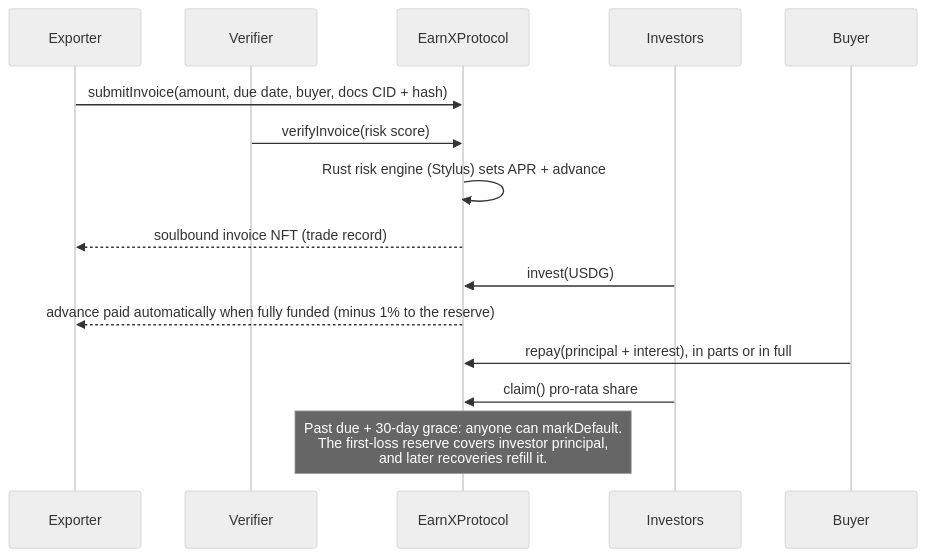
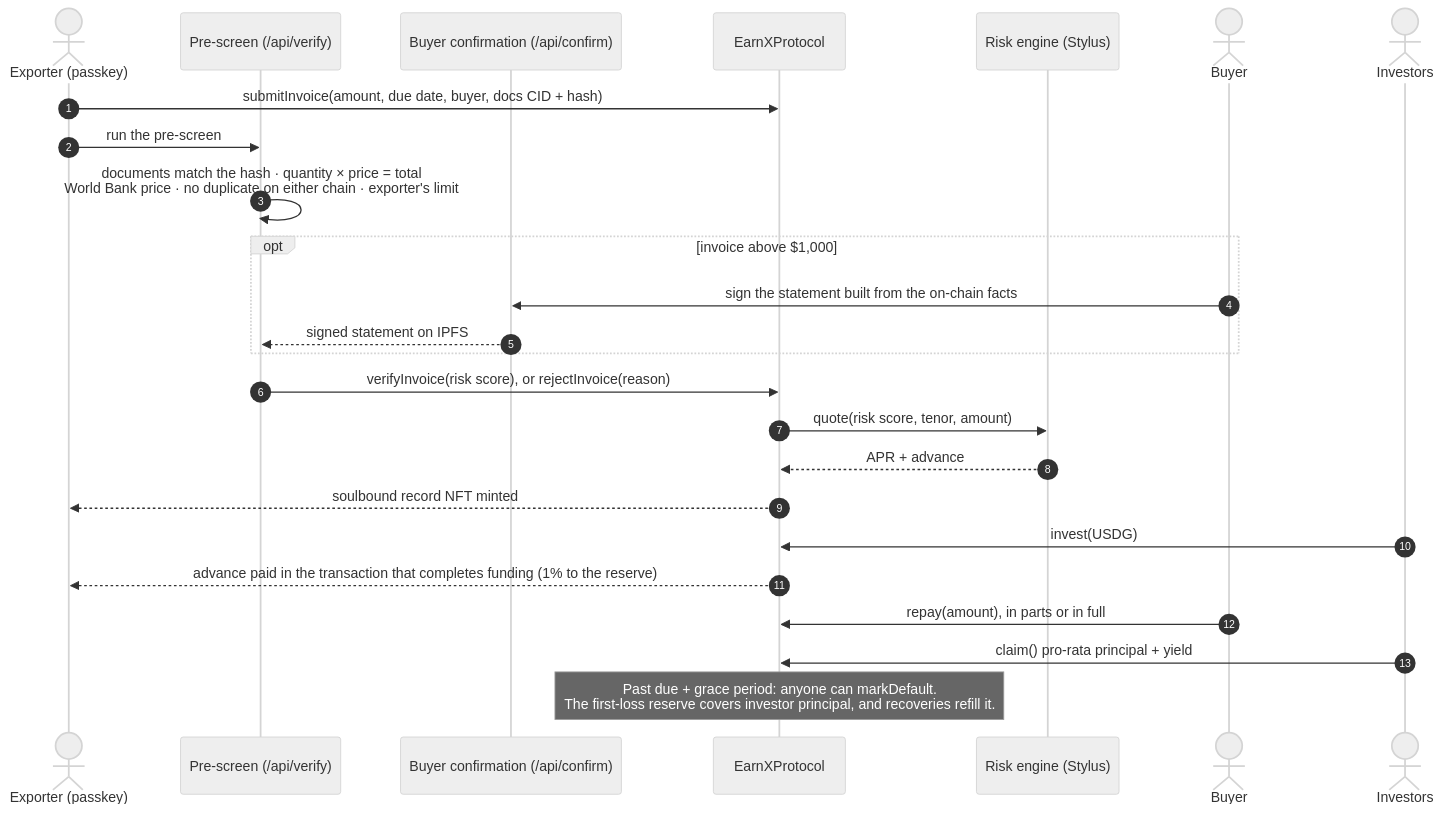
Before and after one commit to big14way/earnx: the first of 3 diagrams in README.md, drawn with Mermaid (neutral theme). The commit also changed other lines of this file, not shown here.

First line of the commit message:
docs(readme): judge tour, architecture diagram, full flow and sponsor map

````diff
--- a/README.md
+++ b/README.md
@@ -52,17 +64,27 @@
 ```mermaid
 sequenceDiagram
-    participant E as Exporter
-    participant V as Verifier
+    autonumber
+    actor E as Exporter (passkey)
+    participant S as Pre-screen (/api/verify)
+    participant C as Buyer confirmation (/api/confirm)
     participant P as EarnXProtocol
-    participant I as Investors
-    participant B as Buyer
+    participant R as Risk engine (Stylus)
+    actor B as Buyer
+    actor I as Investors
     E->>P: submitInvoice(amount, due date, buyer, docs CID + hash)
-    V->>P: verifyInvoice(risk score)
-    P->>P: Rust risk engine (Stylus) sets APR + advance
-    P-->>E: soulbound invoice NFT (trade record)
+    E->>S: run the pre-screen
+    S->>S: documents match the hash · quantity × price = total<br/>World Bank price · no duplicate on either chain · exporter's limit
+    opt invoice above $1,000
+        B->>C: sign the statement built from the on-chain facts
+        C-->>S: signed statement on IPFS
+    end
+    S->>P: verifyInvoice(risk score), or rejectInvoice(reason)
+    P->>R: quote(risk score, tenor, amount)
+    R-->>P: APR + advance
+    P-->>E: soulbound record NFT minted
     I->>P: invest(USDG)
-    P-->>E: advance paid automatically when fully funded (minus 1% to the reserve)
-    B->>P: repay(principal + interest), in parts or in full
-    I->>P: claim() pro-rata share
-    Note over P: Past due + 30-day grace: anyone can markDefault.<br/>The first-loss reserve covers investor principal,<br/>and later recoveries refill it.
+    P-->>E: advance paid in the transaction that completes funding (1% to the reserve)
+    B->>P: repay(amount), in parts or in full
+    I->>P: claim() pro-rata principal + yield
+    Note over P: Past due + grace period: anyone can markDefault.<br/>The first-loss reserve covers investor principal, and recoveries refill it.
 ```
````
